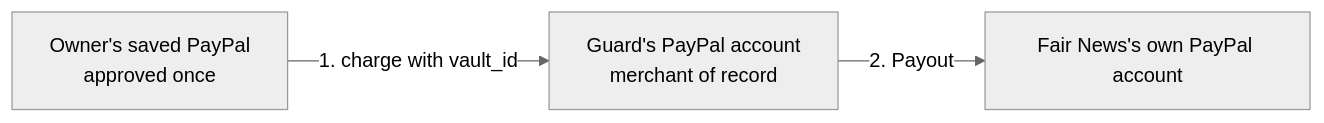
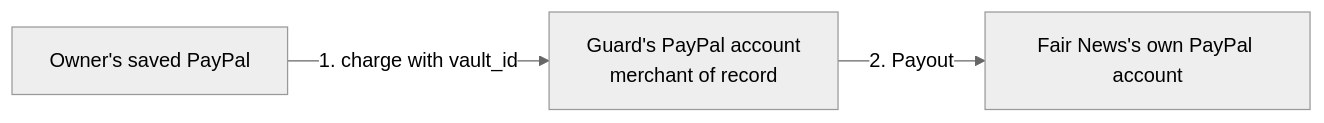
Before and after one commit to Swarna2503/ai-spend-guard: the third of 3 diagrams in README.md, drawn with Mermaid (neutral theme). The commit also changed other lines of this file, not shown here.

Commit message:
README: multi-user Connect PayPal flow

````diff
--- a/README.md
+++ b/README.md
@@ -99,5 +125,5 @@
 ```mermaid
 flowchart LR
-    B[Owner's saved PayPal<br/>approved once] -->|1. charge with vault_id| G[Guard's PayPal account<br/>merchant of record]
+    B[Owner's saved PayPal] -->|1. charge with vault_id| G[Guard's PayPal account<br/>merchant of record]
     G -->|2. Payout| F[Fair News's own PayPal account]
 ```
````
